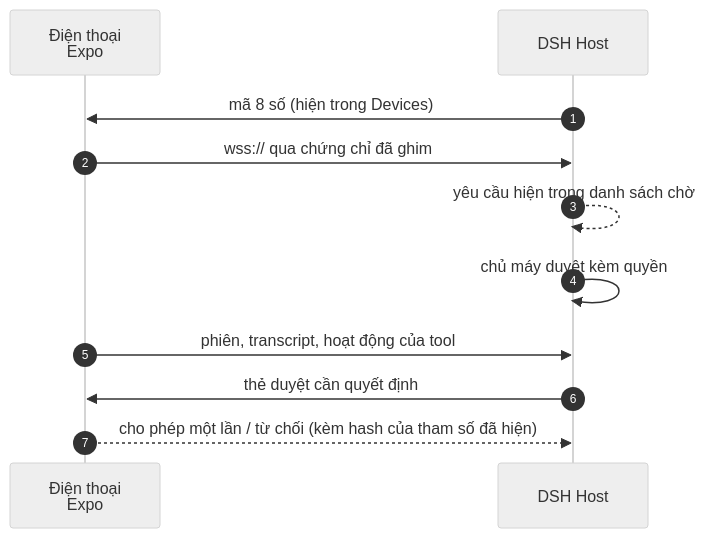
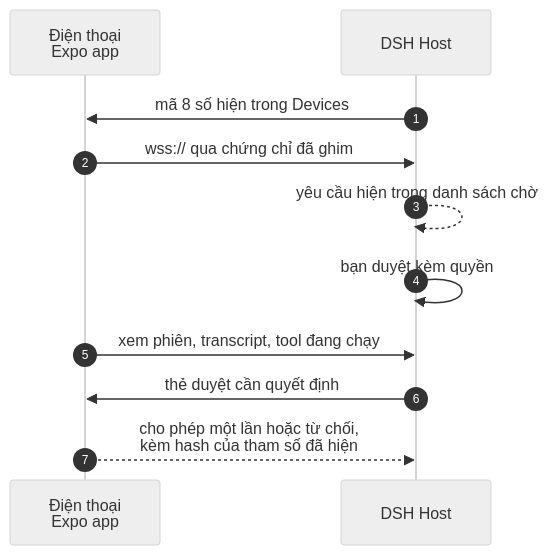
One commit to nesteacold/dsh-remote changed the third of 5 diagrams in README.vi.md. Above: the diagram before and after it, drawn with Mermaid (neutral theme). The commit also changed other lines of this file and 1 other file, not shown here.

````diff
--- a/README.vi.md
+++ b/README.vi.md
@@ -137,14 +135,14 @@
 ```mermaid
 sequenceDiagram
     autonumber
-    participant Phone as Điện thoại<br/>Expo
+    participant Phone as Điện thoại<br/>Expo app
     participant Host as DSH Host
 
-    Host->>Phone: mã 8 số (hiện trong Devices)
+    Host->>Phone: mã 8 số hiện trong Devices
     Phone->>Host: wss:// qua chứng chỉ đã ghim
     Host-->>Host: yêu cầu hiện trong danh sách chờ
-    Host->>Host: chủ máy duyệt kèm quyền
-    Phone->>Host: phiên, transcript, hoạt động của tool
+    Host->>Host: bạn duyệt kèm quyền
+    Phone->>Host: xem phiên, transcript, tool đang chạy
     Host->>Phone: thẻ duyệt cần quyết định
-    Phone-->>Host: cho phép một lần / từ chối (kèm hash của tham số đã hiện)
+    Phone-->>Host: cho phép một lần hoặc từ chối,<br/>kèm hash của tham số đã hiện
 ```
````
